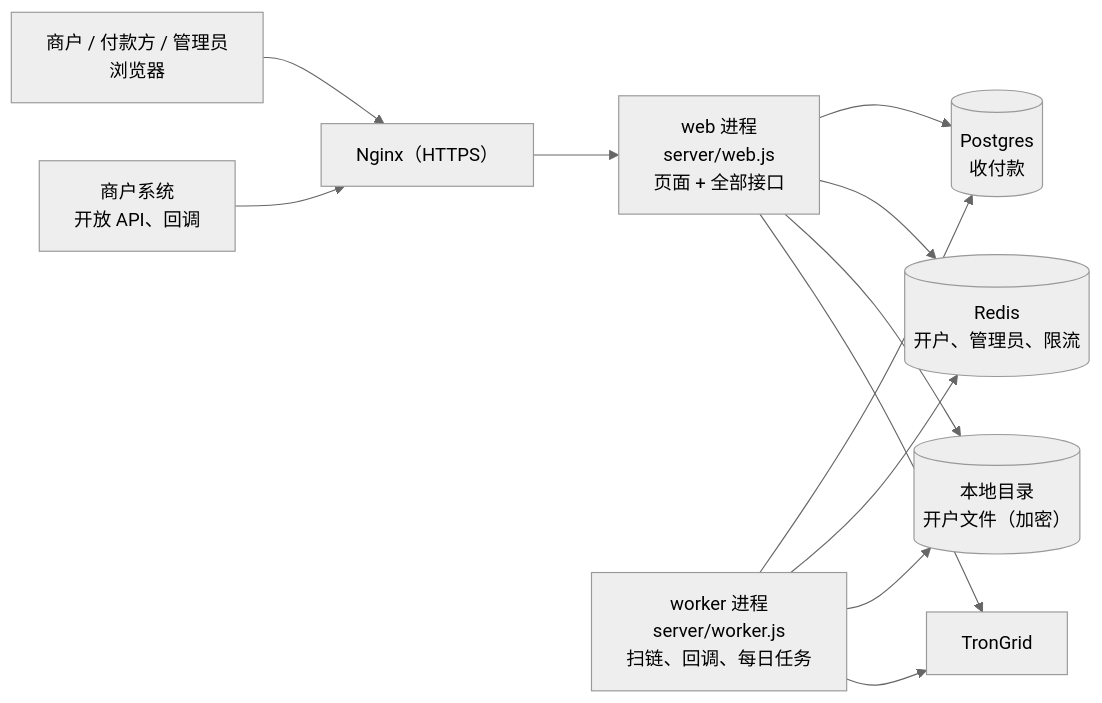
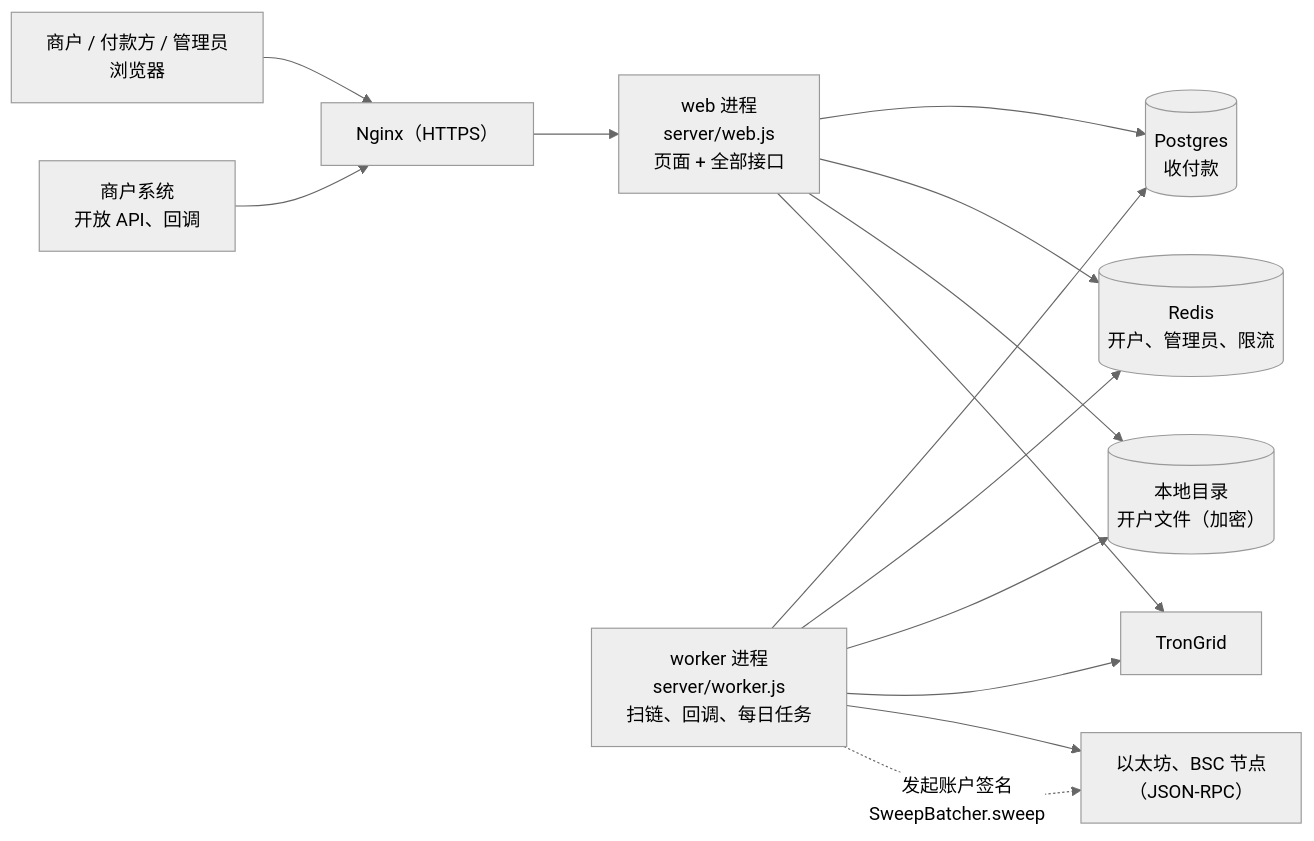
The diagram in 项目地图.md (dollar3651314/TopUP), drawn with Mermaid (neutral theme) before and after one commit. The commit also changed other lines of this file and 12 other files, not shown here.

````diff
--- a/项目地图.md
+++ b/项目地图.md
@@ -6,12 +6,14 @@
 ```mermaid
 flowchart LR
   U["商户 / 付款方 / 管理员<br/>浏览器"] --> NG["Nginx（HTTPS）"]
   API["商户系统<br/>开放 API、回调"] --> NG
   NG --> WEB["web 进程<br/>server/web.js<br/>页面 + 全部接口"]
   WK["worker 进程<br/>server/worker.js<br/>扫链、回调、每日任务"]
   WEB & WK --> PG[("Postgres<br/>收付款")]
   WEB & WK --> RD[("Redis<br/>开户、管理员、限流")]
   WEB & WK --> FS[("本地目录<br/>开户文件（加密）")]
   WK --> TG["TronGrid"]
   WEB --> TG
+  WK --> EVM["以太坊、BSC 节点<br/>（JSON-RPC）"]
+  WK -. "发起账户签名<br/>SweepBatcher.sweep" .-> EVM
 ```
````
